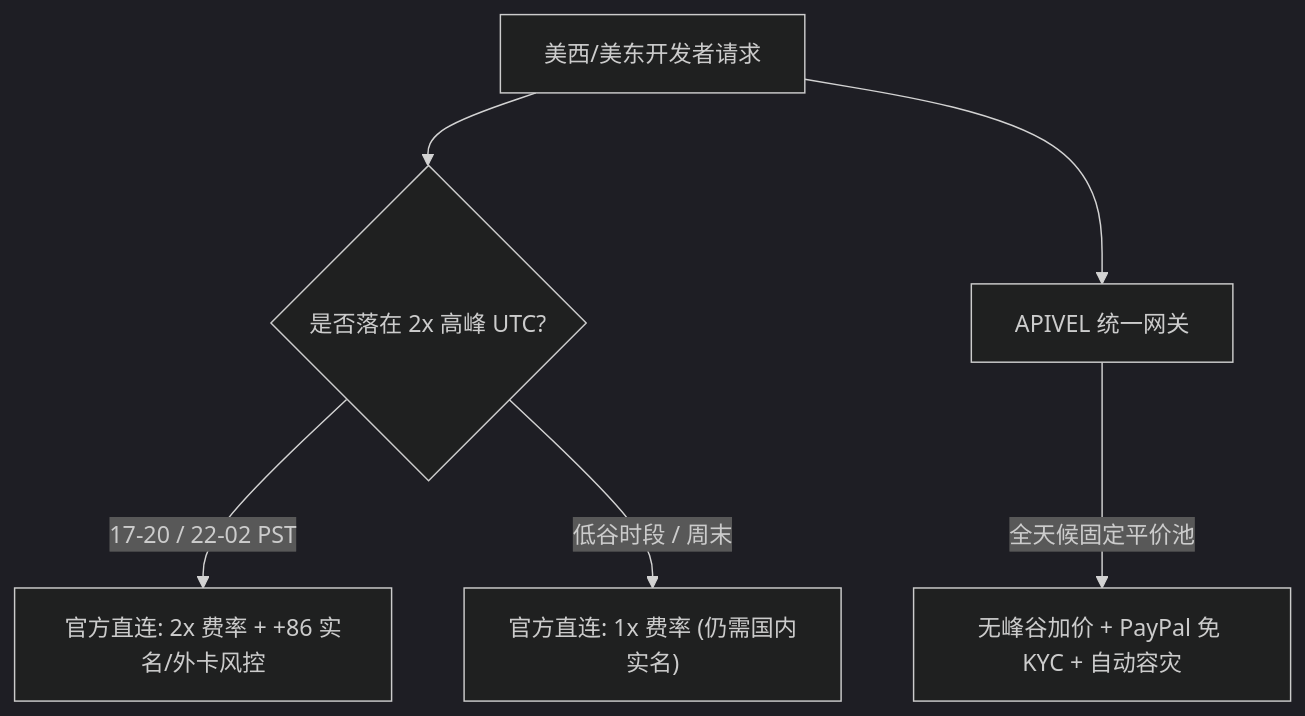
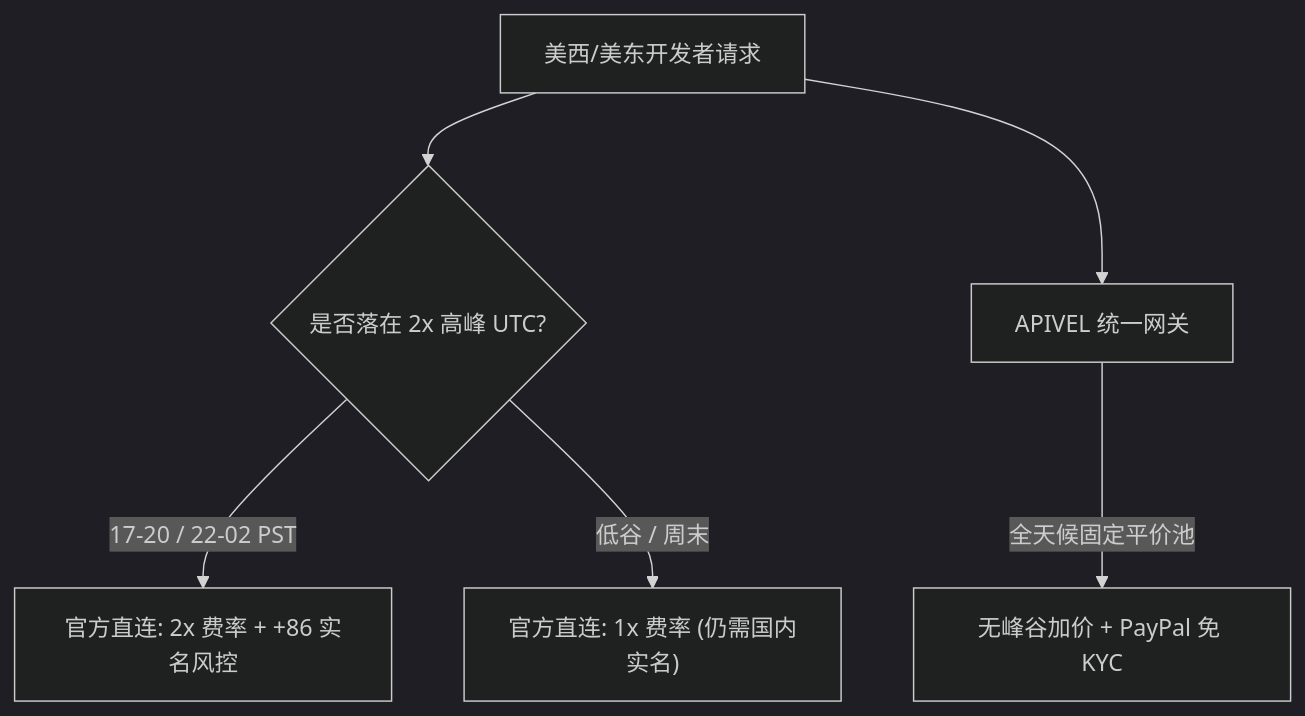
The diagram in src/content/blog/deepseek-api-pricing-adjustment-zh.md (bshx2024/apivel_blog), drawn with Mermaid (dark theme) before and after one commit. The commit also changed other lines of this file, not shown here.

````diff
--- a/src/content/blog/deepseek-api-pricing-adjustment-zh.md
+++ b/src/content/blog/deepseek-api-pricing-adjustment-zh.md
@@ -69,8 +68,8 @@
 ```mermaid
 graph TD
     A["美西/美东开发者请求"] --> B{"是否落在 2x 高峰 UTC?"}
-    B -->|"17-20 / 22-02 PST"| C["官方直连: 2x 费率 + +86 实名/外卡风控"]
-    B -->|"低谷时段 / 周末"| D["官方直连: 1x 费率 (仍需国内实名)"]
+    B -->|"17-20 / 22-02 PST"| C["官方直连: 2x 费率 + +86 实名风控"]
+    B -->|"低谷 / 周末"| D["官方直连: 1x 费率 (仍需国内实名)"]
     A --> E["APIVEL 统一网关"]
-    E -->|"全天候固定平价池"| F["无峰谷加价 + PayPal 免 KYC + 自动容灾"]
+    E -->|"全天候固定平价池"| F["无峰谷加价 + PayPal 免 KYC"]
 ```
````
